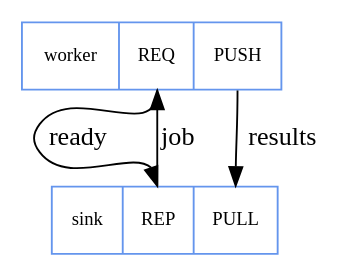
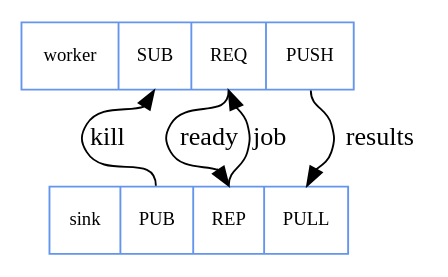
One commit to briandunn/flatware changed the diagram in connections.dot. Above: the diagram before and after it, drawn with Graphviz. The commit also changed 7 other files, not shown here.

```diff
--- a/connections.dot
+++ b/connections.dot
@@ -1,13 +1,14 @@
 digraph {
   node [color=cornflowerblue];
   subgraph {
     node [shape=record, fontsize=10.0];
-    worker [label="worker | <req> REQ | <push> PUSH"];
-    sink   [label="sink   | <rep> REP | <pull> PULL"];
+    worker [label="worker | <sub> SUB | <req> REQ | <push> PUSH"];
+    sink   [label="sink   | <pub> PUB | <rep> REP | <pull> PULL"];
   }
   subgraph {
+    sink:pub    -> worker:sub [label=kill];
     worker:push -> sink:pull  [label=results];
     worker:req  -> sink:rep   [label=ready];
     sink:rep    -> worker:req [label=job];
   }
 }
```
